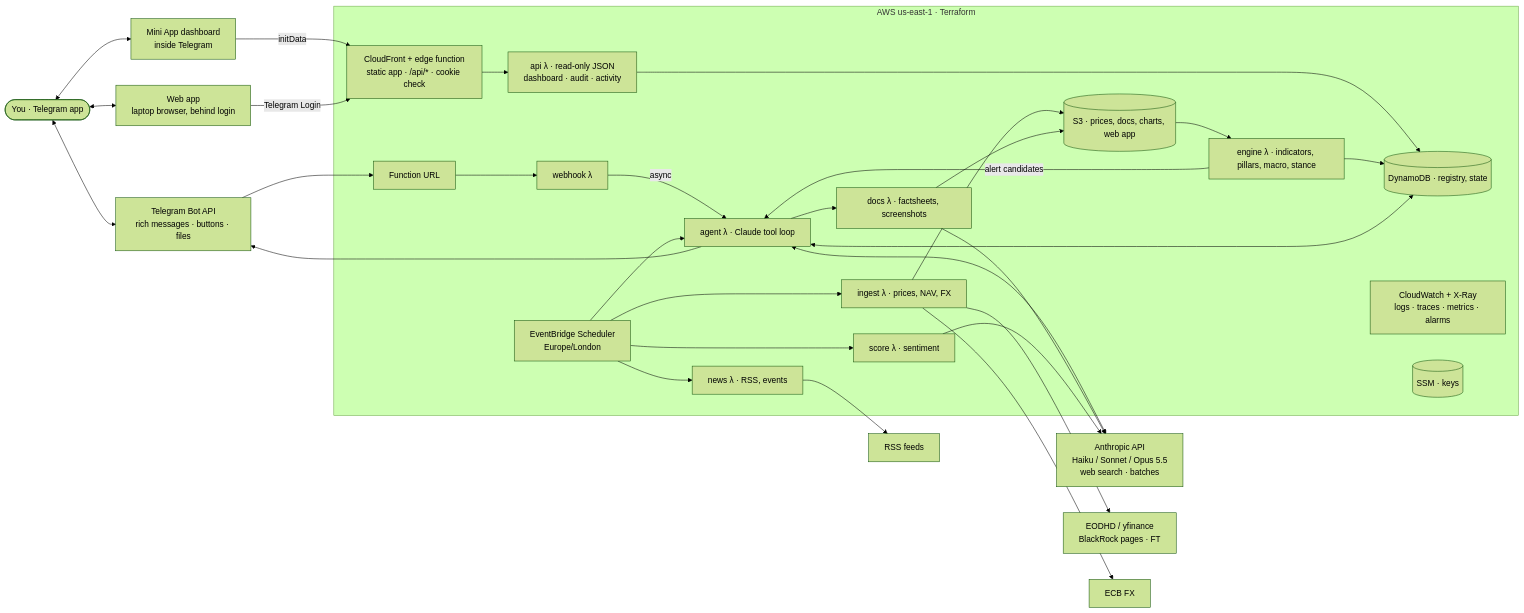
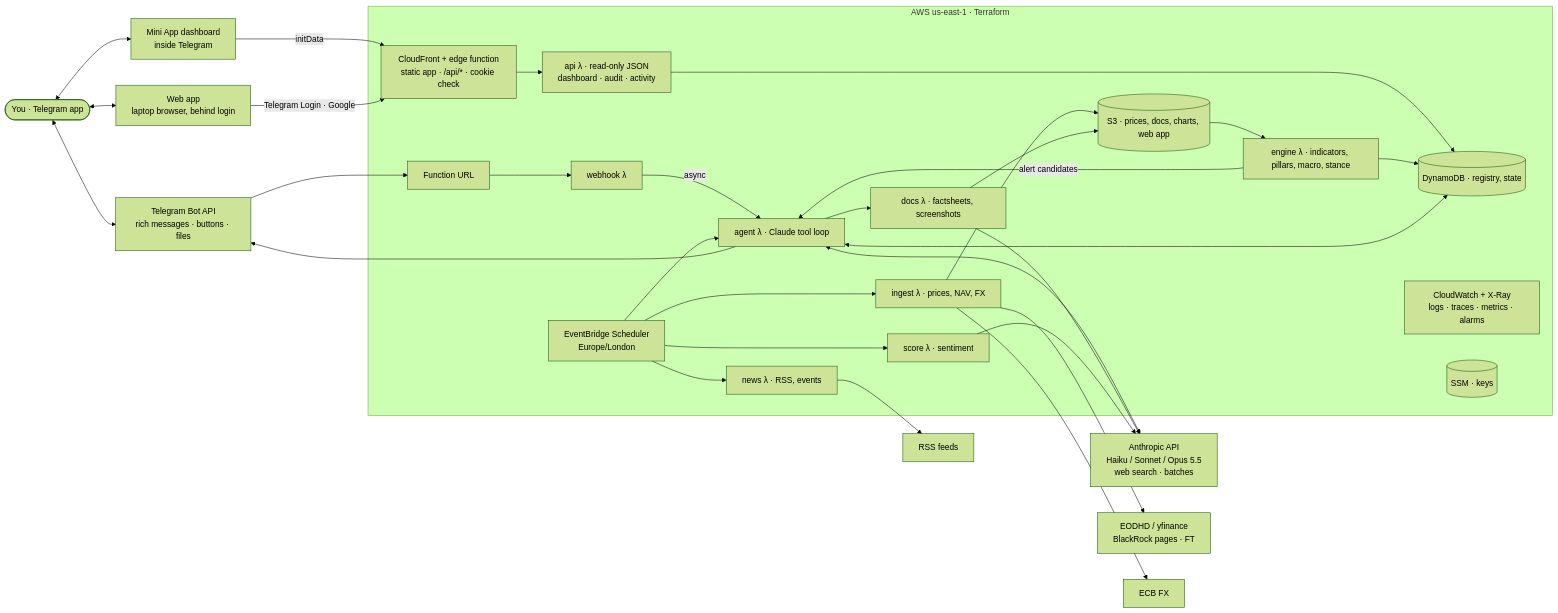
One commit to gilipersonal/mypaisa-agent changed the first of 2 diagrams in ARCHITECTURE.md. Above: the diagram before and after it, drawn with Mermaid (forest theme). The commit also changed other lines of this file and 6 other files, not shown here.

First line of the commit message:
Add Sign in with Google to the web app

````diff
--- a/ARCHITECTURE.md
+++ b/ARCHITECTURE.md
@@ -80,47 +80,47 @@
 ```mermaid
 flowchart LR
   you([You · Telegram app])
   tg[Telegram Bot API<br/>rich messages · buttons · files]
   mini[Mini App dashboard<br/>inside Telegram]
   web[Web app<br/>laptop browser, behind login]
   subgraph aws[AWS us-east-1 · Terraform]
     url[Function URL]
     hook[webhook λ]
     agent[agent λ · Claude tool loop]
     ingest[ingest λ · prices, NAV, FX]
     engine[engine λ · indicators, pillars, macro, stance]
     news[news λ · RSS, events]
     score[score λ · sentiment]
     docs[docs λ · factsheets, screenshots]
     api[api λ · read-only JSON<br/>dashboard · audit · activity]
     cf[CloudFront + edge function<br/>static app · /api/* · cookie check]
     sched[EventBridge Scheduler<br/>Europe/London]
     ddb[(DynamoDB · registry, state)]
     s3[(S3 · prices, docs, charts, web app)]
     cw[CloudWatch + X-Ray<br/>logs · traces · metrics · alarms]
     ssm[(SSM · keys)]
   end
   br[Anthropic API<br/>Haiku / Sonnet / Opus 5.5<br/>web search · batches]
   mkt[EODHD / yfinance<br/>BlackRock pages · FT]
   ecb[ECB FX]
   rss[RSS feeds]
 
   you <--> tg
   you <--> mini
   you <--> web
   tg --> url --> hook -- async --> agent
   agent --> tg
   mini -- initData --> cf
-  web -- Telegram Login --> cf
+  web -- Telegram Login · Google --> cf
   cf --> api --> ddb
   sched --> ingest & news & score & agent
   ingest --> mkt & ecb
   ingest --> s3 --> engine --> ddb
   engine -- alert candidates --> agent
   agent <--> br
   agent <--> ddb
   agent --> docs --> br
   docs --> s3
   news --> rss
   score --> br
 ```
````
